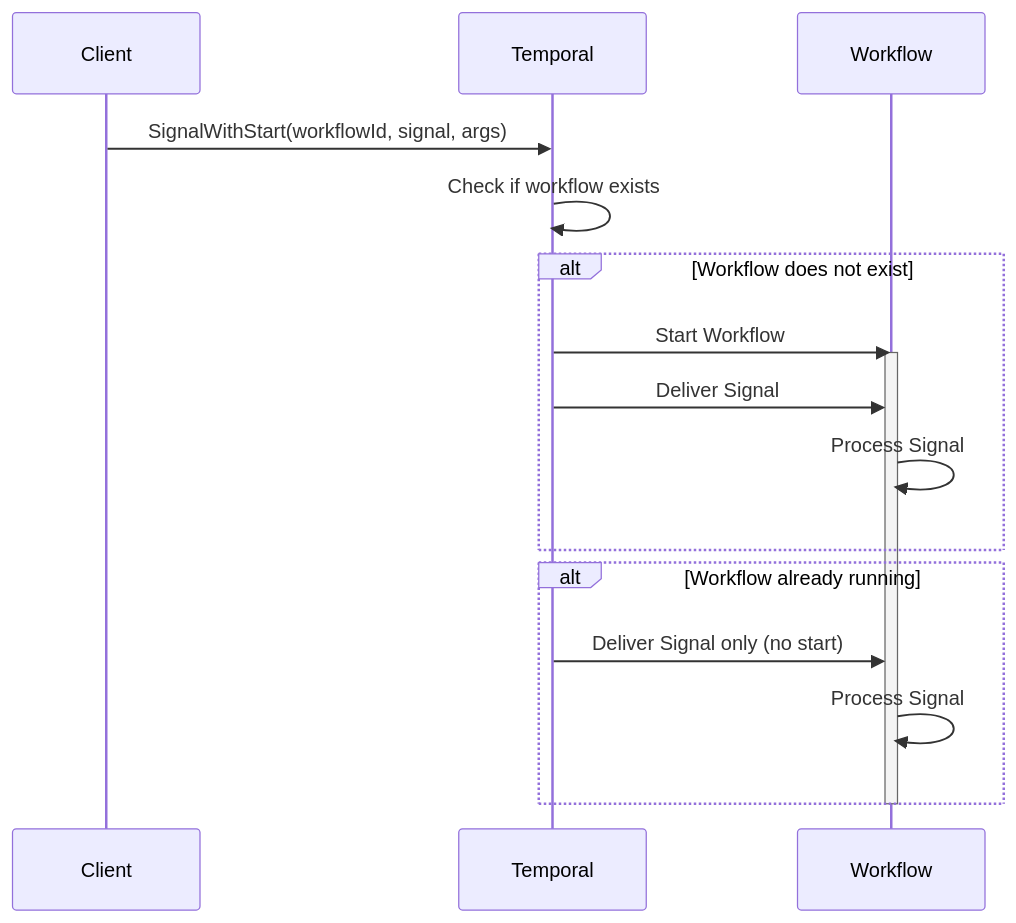
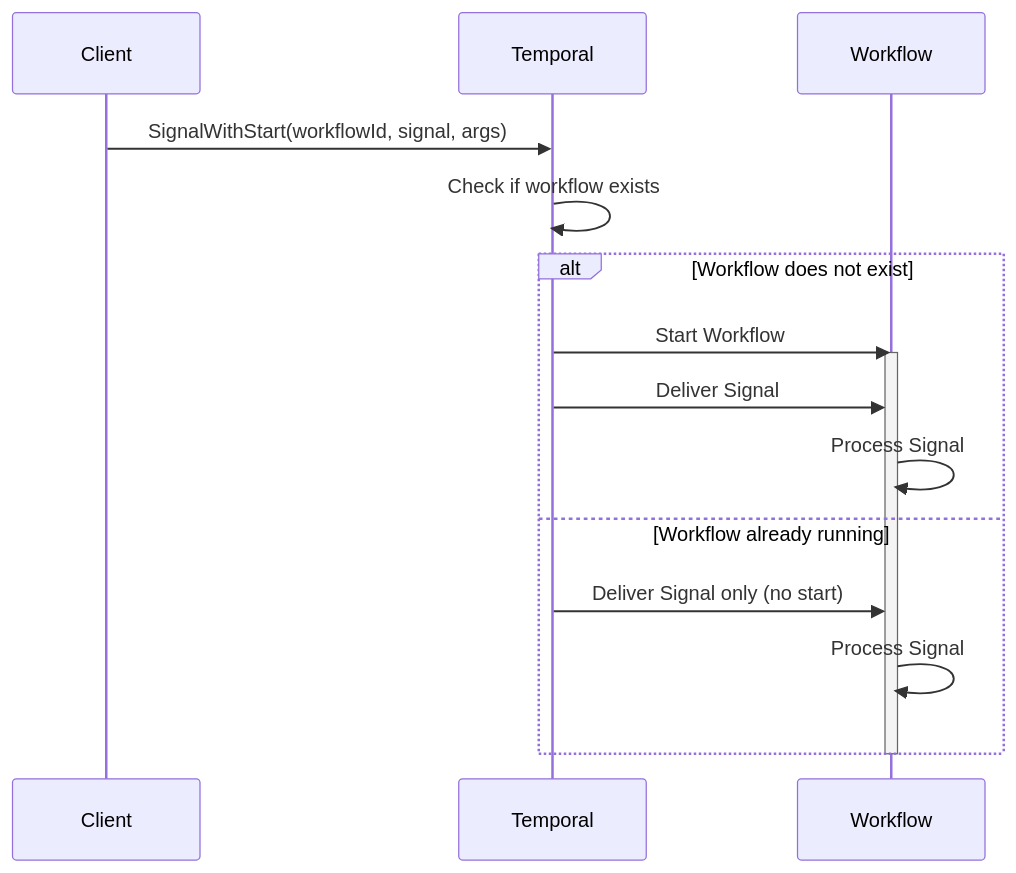
One commit to temporalio/documentation changed the diagram in docs/design-patterns/signal-with-start.mdx. Above: the diagram before and after it, drawn with Mermaid. The commit also changed 15 other files, not shown here.

First line of the commit message:
Refactor Mermaid diagrams for improved clarity and consistency across documentation

````diff
--- a/docs/design-patterns/signal-with-start.mdx
+++ b/docs/design-patterns/signal-with-start.mdx
@@ -28,20 +28,19 @@
 ```mermaid
 sequenceDiagram
     participant C as Client
     participant T as Temporal
     participant W as Workflow
 
     C->>T: SignalWithStart(workflowId, signal, args)
     T->>T: Check if workflow exists
     alt Workflow does not exist
         T->>W: Start Workflow
         activate W
         T->>W: Deliver Signal
         W->>W: Process Signal
-    end
-    alt Workflow already running
+    else Workflow already running
         T->>W: Deliver Signal only (no start)
         W->>W: Process Signal
     end
     deactivate W
 ```
````
